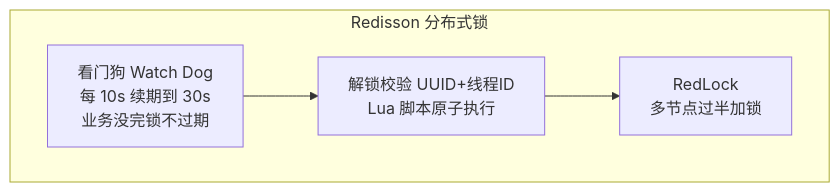
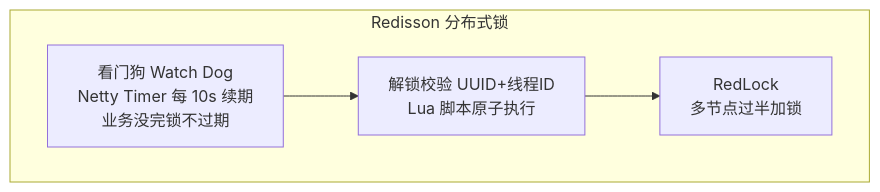
The sixth of 8 diagrams in kb/技术/Java/Redis 常用数据类型与使用场景.md (reallyhwc/ans-ai-auto-notes), drawn with Mermaid before and after one commit. The commit also changed other lines of this file, not shown here.

Commit message:
docs: Redisson 看门狗机制深度拆解 — 加锁/续期/解锁 Lua + Netty Timer 递归

````diff
--- a/kb/技术/Java/Redis 常用数据类型与使用场景.md
+++ b/kb/技术/Java/Redis 常用数据类型与使用场景.md
@@ -401,7 +401,7 @@
 ```mermaid
 flowchart TD
     subgraph Redisson["Redisson 分布式锁"]
-        Guard["看门狗 Watch Dog<br/>每 10s 续期到 30s<br/>业务没完锁不过期"] --> Check["解锁校验 UUID+线程ID<br/>Lua 脚本原子执行"]
+        Guard["看门狗 Watch Dog<br/>Netty Timer 每 10s 续期<br/>业务没完锁不过期"] --> Check["解锁校验 UUID+线程ID<br/>Lua 脚本原子执行"]
         Check --> RedLock["RedLock<br/>多节点过半加锁"]
     end
 ```
````
